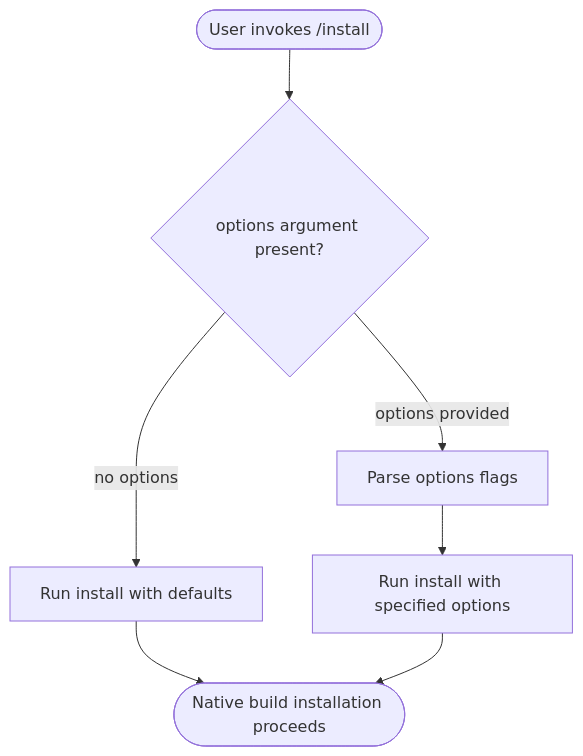
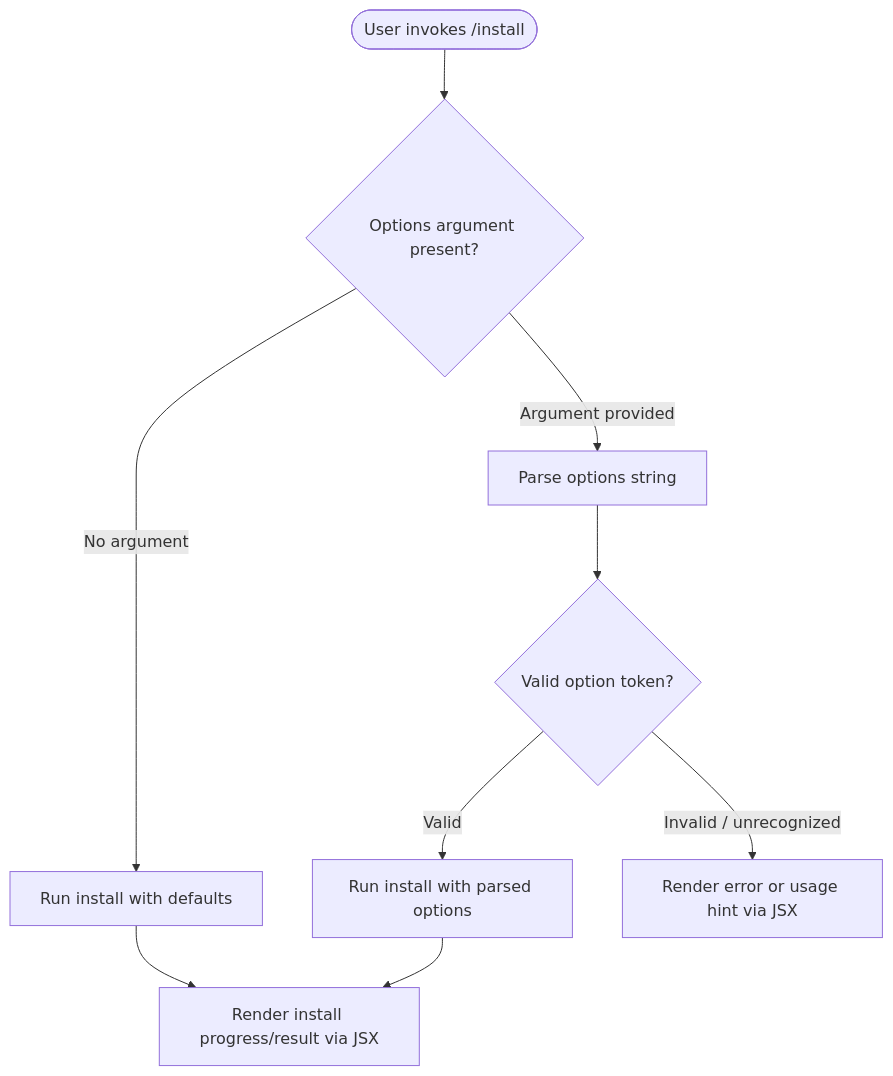
Before and after one commit to MyLittleLuckyDog/cc-gnothi: the diagram in versions/v2.1.143/install.md, drawn with Mermaid. The commit also changed other lines of this file and 87 other files, not shown here.

````diff
--- a/versions/v2.1.143/install.md
+++ b/versions/v2.1.143/install.md
@@ -50,9 +49,11 @@
 ```mermaid
 flowchart TD
-    A([User invokes /install]) --> B{options argument present?}
-    B -- "no options" --> C[Run install with defaults]
-    B -- "options provided" --> D[Parse options flags]
-    D --> E[Run install with specified options]
-    C --> F([Native build installation proceeds])
-    E --> F
+    A([User invokes /install]) --> B{Options argument present?}
+    B -- "No argument" --> C[Run install with defaults]
+    B -- "Argument provided" --> D[Parse options string]
+    D --> E{Valid option token?}
+    E -- "Valid" --> F[Run install with parsed options]
+    E -- "Invalid / unrecognized" --> G[Render error or usage hint via JSX]
+    C --> H[Render install progress/result via JSX]
+    F --> H
 ```
````
